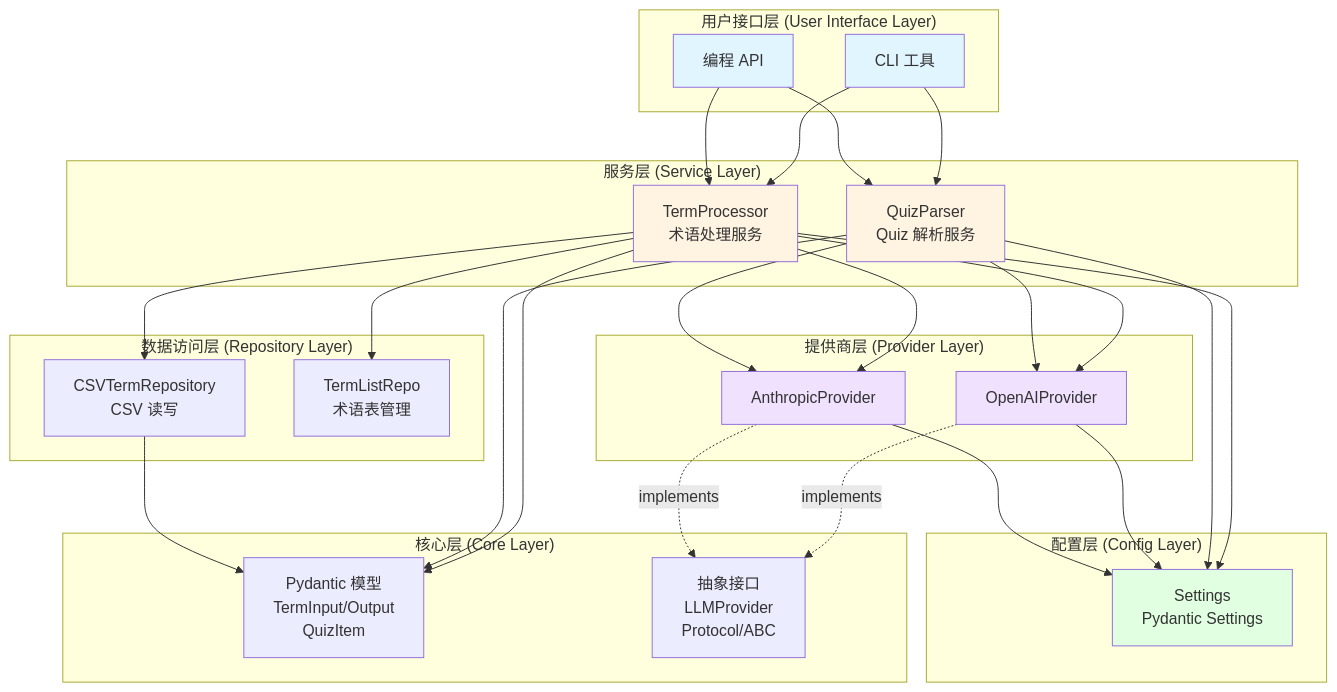
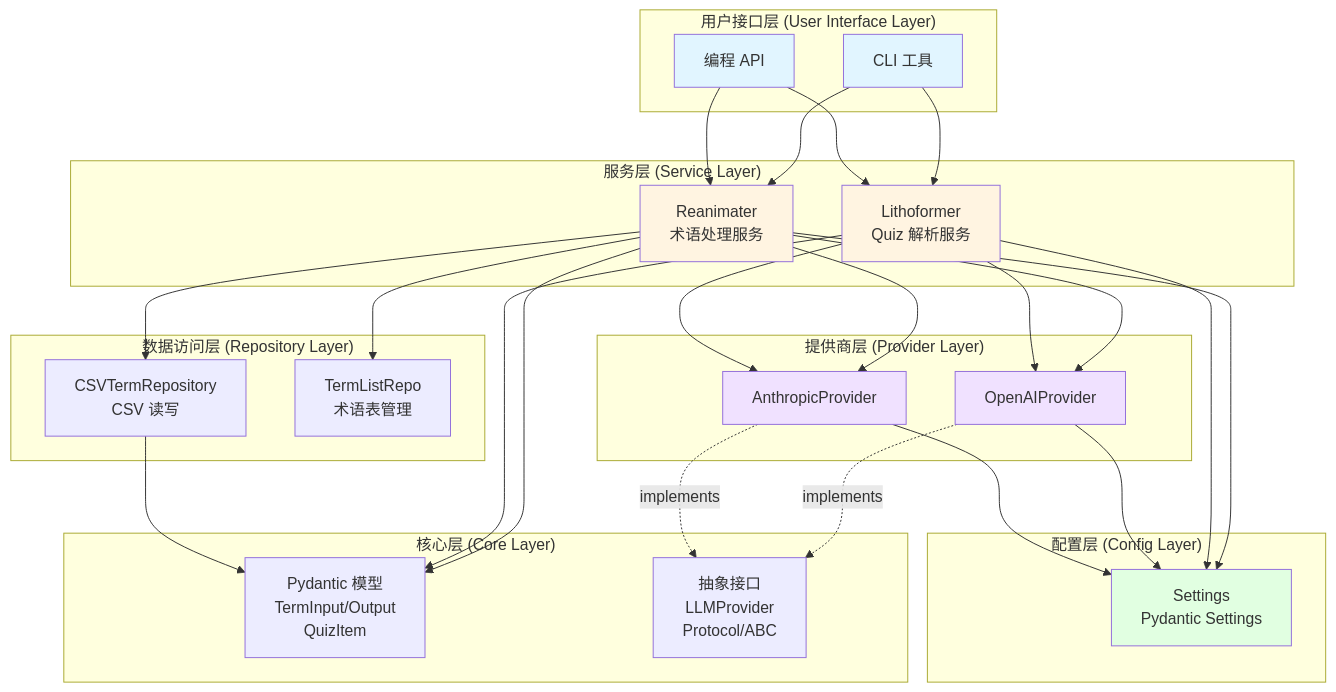
Before and after one commit to C1M0N/Memosyne: the first of 11 diagrams in ARCHITECTURE.md, drawn with Mermaid. The commit also changed other lines of this file and 22 other files, not shown here.

First line of the commit message:
[v0.6.2] 系统性重命名：MMS→Reanimater & ExParser→Lithoformer

````diff
--- a/ARCHITECTURE.md
+++ b/ARCHITECTURE.md
@@ -45,64 +45,64 @@
 ```mermaid
 graph TB
     subgraph "用户接口层 (User Interface Layer)"
         CLI[CLI 工具]
         API[编程 API]
     end
 
     subgraph "服务层 (Service Layer)"
-        TermProcessor[TermProcessor<br/>术语处理服务]
-        QuizParser[QuizParser<br/>Quiz 解析服务]
+        Reanimater[Reanimater<br/>术语处理服务]
+        Lithoformer[Lithoformer<br/>Quiz 解析服务]
     end
 
     subgraph "提供商层 (Provider Layer)"
         OpenAI[OpenAIProvider]
         Anthropic[AnthropicProvider]
     end
 
     subgraph "数据访问层 (Repository Layer)"
         CSVRepo[CSVTermRepository<br/>CSV 读写]
         TermList[TermListRepo<br/>术语表管理]
     end
 
     subgraph "核心层 (Core Layer)"
         Models[Pydantic 模型<br/>TermInput/Output<br/>QuizItem]
         Interfaces[抽象接口<br/>LLMProvider<br/>Protocol/ABC]
     end
 
     subgraph "配置层 (Config Layer)"
         Settings[Settings<br/>Pydantic Settings]
     end
 
-    CLI --> TermProcessor
-    CLI --> QuizParser
-    API --> TermProcessor
-    API --> QuizParser
+    CLI --> Reanimater
+    CLI --> Lithoformer
+    API --> Reanimater
+    API --> Lithoformer
 
-    TermProcessor --> OpenAI
-    TermProcessor --> Anthropic
-    TermProcessor --> CSVRepo
-    TermProcessor --> TermList
+    Reanimater --> OpenAI
+    Reanimater --> Anthropic
+    Reanimater --> CSVRepo
+    Reanimater --> TermList
 
-    QuizParser --> OpenAI
-    QuizParser --> Anthropic
+    Lithoformer --> OpenAI
+    Lithoformer --> Anthropic
 
     OpenAI -.implements.-> Interfaces
     Anthropic -.implements.-> Interfaces
 
-    TermProcessor --> Models
-    QuizParser --> Models
+    Reanimater --> Models
+    Lithoformer --> Models
     CSVRepo --> Models
 
-    TermProcessor --> Settings
-    QuizParser --> Settings
+    Reanimater --> Settings
+    Lithoformer --> Settings
     OpenAI --> Settings
     Anthropic --> Settings
 
     style CLI fill:#e1f5ff
     style API fill:#e1f5ff
-    style TermProcessor fill:#fff4e1
-    style QuizParser fill:#fff4e1
+    style Reanimater fill:#fff4e1
+    style Lithoformer fill:#fff4e1
     style OpenAI fill:#f0e1ff
     style Anthropic fill:#f0e1ff
     style Settings fill:#e1ffe1
 ```
````
